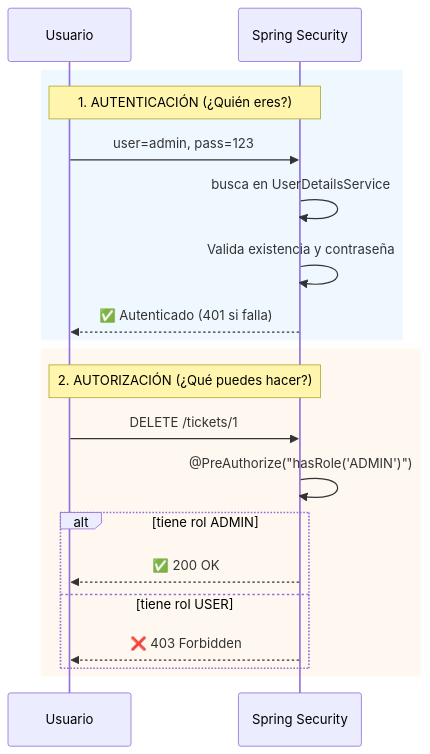
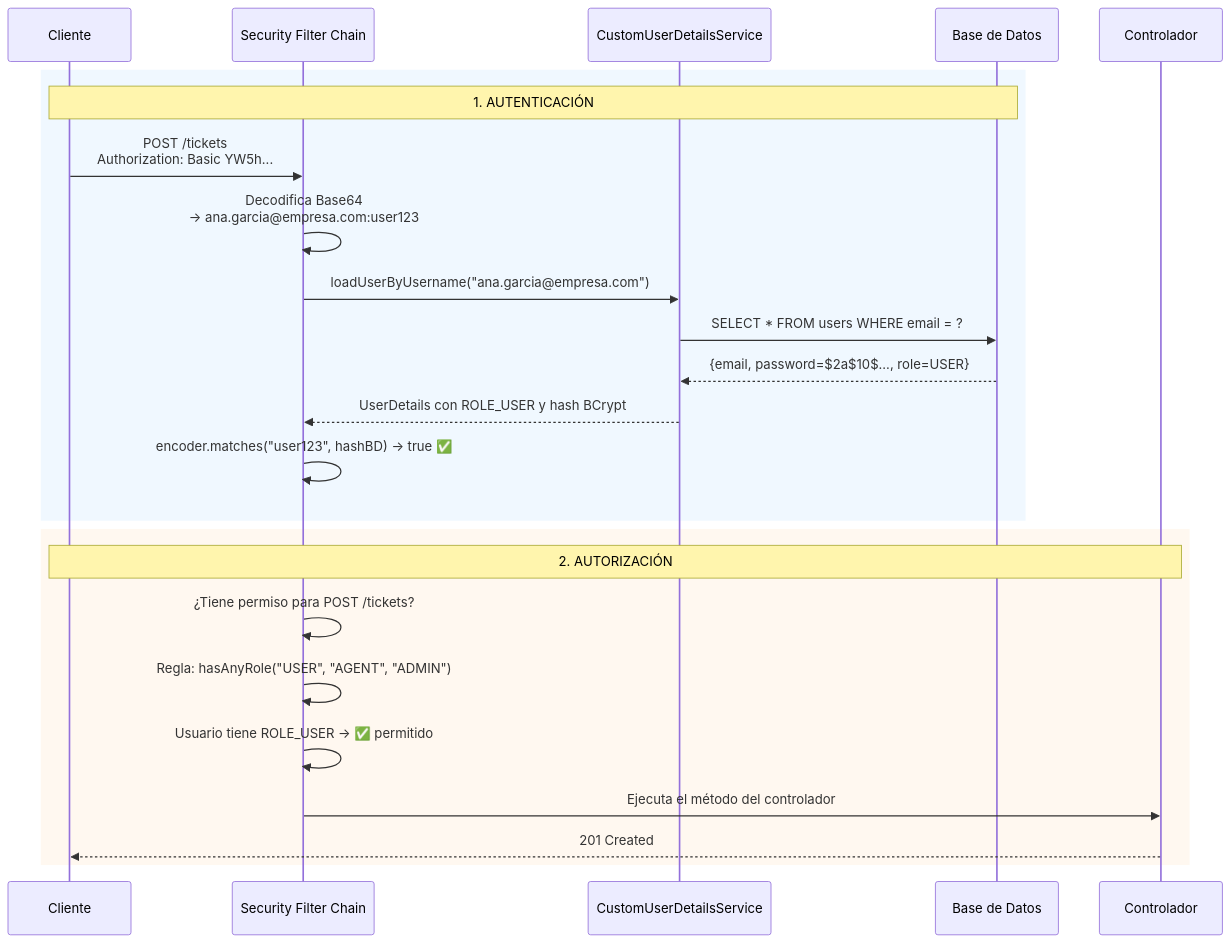
One commit to cmartinezs/DSY1103-FULLSTACK-I-BACKEND changed the diagram in docs/lessons/16-spring-security/03_autenticacion_vs_autorizacion.md. Above: the diagram before and after it, drawn with Mermaid. The commit also changed other lines of this file and 75 other files, not shown here.

Commit message:
feat: implement ticket management with security features; add user roles, authentication, and authorization logic

````diff
--- a/docs/lessons/16-spring-security/03_autenticacion_vs_autorizacion.md
+++ b/docs/lessons/16-spring-security/03_autenticacion_vs_autorizacion.md
@@ -26,24 +181,28 @@
 ```mermaid
 sequenceDiagram
-    participant User as Usuario
-    participant SB as Spring Security
-    
+    participant C as Cliente
+    participant F as Security Filter Chain
+    participant S as CustomUserDetailsService
+    participant DB as Base de Datos
+    participant CTRL as Controlador
+
     rect rgb(240, 248, 255)
-        Note over User,SB: 1. AUTENTICACIÓN (¿Quién eres?)
-        User->>SB: user=admin, pass=123
-        SB->>SB: busca en UserDetailsService
-        SB->>SB: Valida existencia y contraseña
-        SB-->>User: ✅ Autenticado (401 si falla)
+        Note over C,DB: 1. AUTENTICACIÓN
+        C->>F: POST /tickets<br/>Authorization: Basic YW5h...
+        F->>F: Decodifica Base64<br/>→ ana.garcia@empresa.com:user123
+        F->>S: loadUserByUsername("ana.garcia@empresa.com")
+        S->>DB: SELECT * FROM users WHERE email = ?
+        DB-->>S: {email, password=$2a$10$..., role=USER}
+        S-->>F: UserDetails con ROLE_USER y hash BCrypt
+        F->>F: encoder.matches("user123", hashBD) → true ✅
     end
-    
+
     rect rgb(255, 248, 240)
-        Note over User,SB: 2. AUTORIZACIÓN (¿Qué puedes hacer?)
-        User->>SB: DELETE /tickets/1
-        SB->>SB: @PreAuthorize("hasRole('ADMIN')")
-        alt tiene rol ADMIN
-            SB-->>User: ✅ 200 OK
-        else tiene rol USER
-            SB-->>User: ❌ 403 Forbidden
-        end
+        Note over C,CTRL: 2. AUTORIZACIÓN
+        F->>F: ¿Tiene permiso para POST /tickets?
+        F->>F: Regla: hasAnyRole("USER", "AGENT", "ADMIN")
+        F->>F: Usuario tiene ROLE_USER → ✅ permitido
+        F->>CTRL: Ejecuta el método del controlador
+        CTRL-->>C: 201 Created
     end
 ```
````
